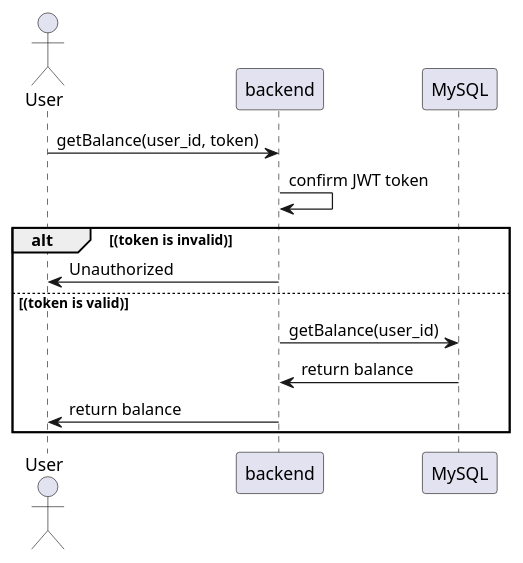
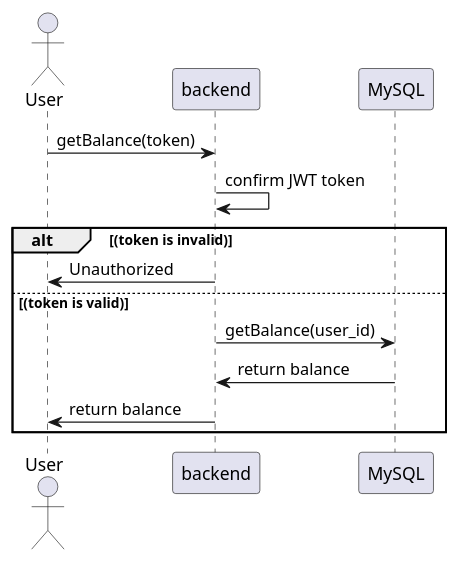
The diagram in docs/fintech/Sequence-Diagram/get-balance.puml (minhduc2803/Snail-App), drawn with PlantUML before and after one commit. The commit also changed 18 other files, not shown here.

Commit message:
fixing fintech-mysql fintech-diagram .proto file

```diff
--- a/docs/fintech/Sequence-Diagram/get-balance.puml
+++ b/docs/fintech/Sequence-Diagram/get-balance.puml
@@ -1,12 +1,12 @@
 @startuml getBalance
     actor User
-    User -> "backend" : getBalance(user_id, token)
-     "backend" -> "backend" : confirm JWT token
+    User -> "backend" : getBalance(token)
+    "backend" -> "backend" : confirm JWT token
     alt (token is invalid)
     "backend" -> User : Unauthorized
     else (token is valid)
     "backend" -> "MySQL" : getBalance(user_id)
     "MySQL" -> "backend" : return balance
     "backend" -> User : return balance
     end
 @enduml
```
